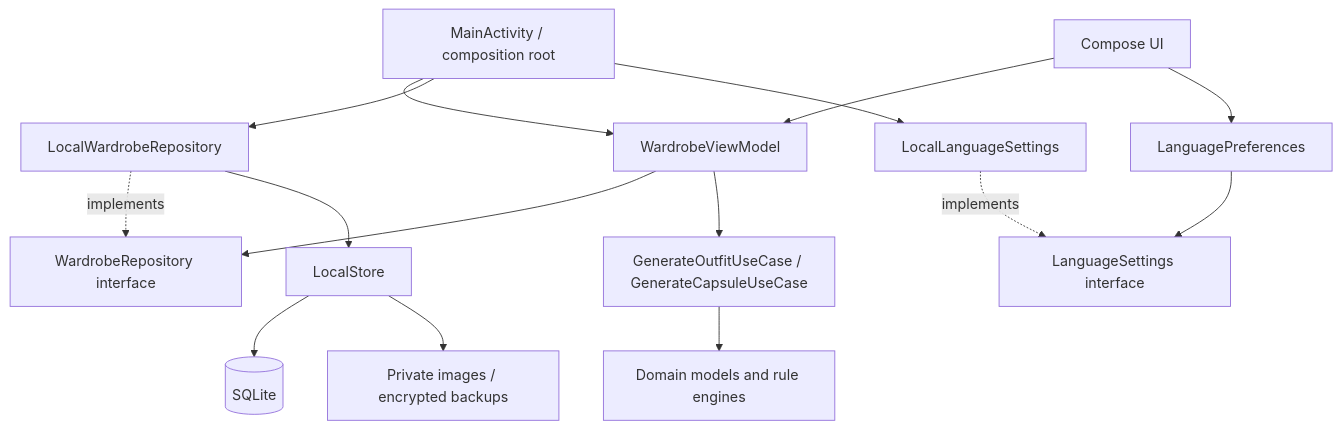
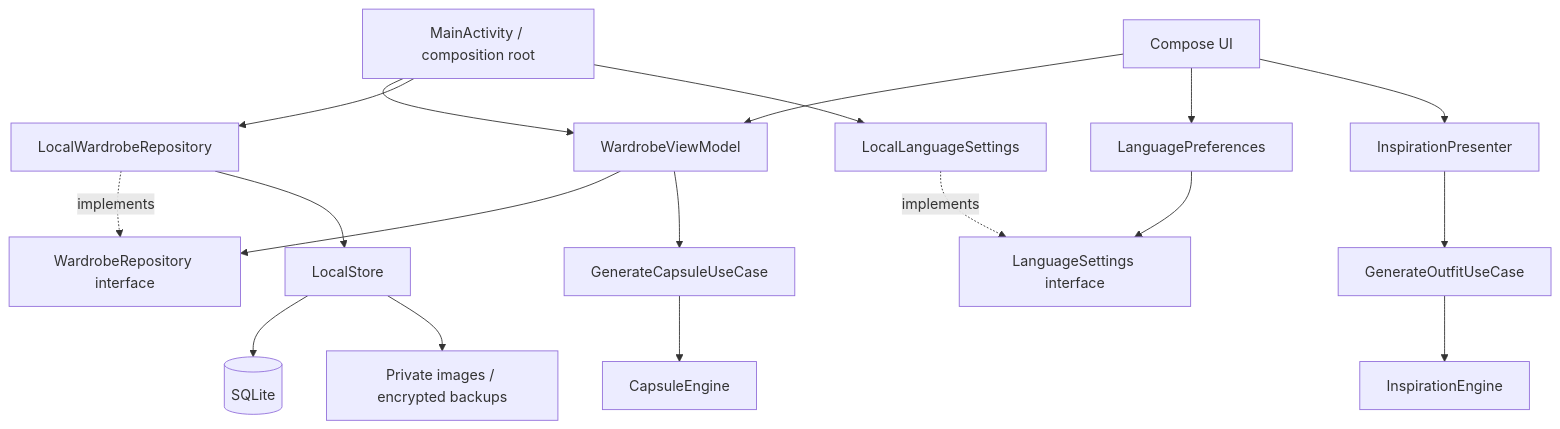
The first of 2 diagrams in docs/软件架构说明.md (chenajirui123123/pwwww), drawn with Mermaid before and after one commit. The commit also changed other lines of this file and 17 other files, not shown here.

Commit message:
refactor: isolate outfit sessions in the layered MVVM architecture

````diff
--- a/docs/软件架构说明.md
+++ b/docs/软件架构说明.md
@@ -29,17 +34,20 @@
 ```mermaid
 flowchart TB
     Root[MainActivity / composition root] --> VM[WardrobeViewModel]
     Root --> Adapter[LocalWardrobeRepository]
     Root --> Settings[LocalLanguageSettings]
     View[Compose UI] --> VM
     View --> Language[LanguagePreferences]
     VM --> Port[WardrobeRepository interface]
-    VM --> UseCases[GenerateOutfitUseCase / GenerateCapsuleUseCase]
-    UseCases --> Engines[Domain models and rule engines]
+    View --> Session[InspirationPresenter]
+    Session --> Outfit[GenerateOutfitUseCase]
+    Outfit --> Engine[InspirationEngine]
+    VM --> Capsule[GenerateCapsuleUseCase]
+    Capsule --> Travel[CapsuleEngine]
     Adapter -. implements .-> Port
     Adapter --> Store[LocalStore]
     Store --> DB[(SQLite)]
     Store --> Files[Private images / encrypted backups]
     Language --> SettingsPort[LanguageSettings interface]
     Settings -. implements .-> SettingsPort
 ```
````
